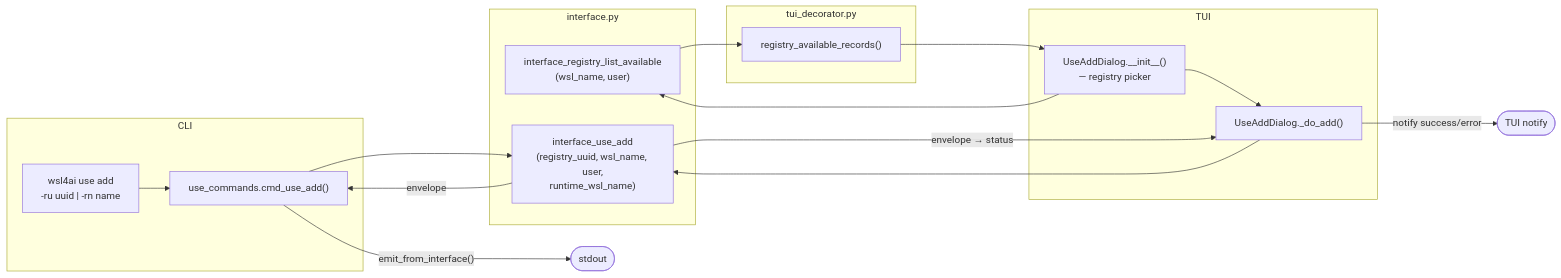
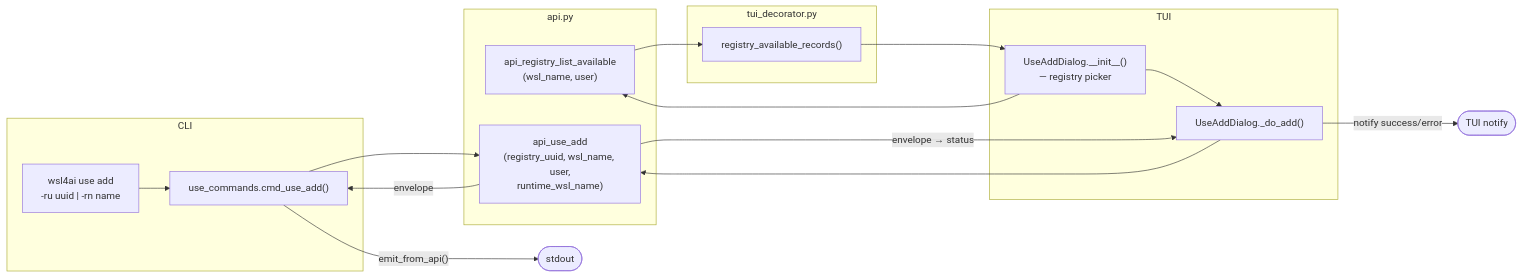
The second of 6 diagrams in specs/tool/specs-use.md (rmompo/wsl4ai), drawn with Mermaid before and after one commit. The commit also changed other lines of this file and 20 other files, not shown here.

First line of the commit message:
v1.6.3: rename interface.py → api.py, interface_* → api_*

````diff
--- a/specs/tool/specs-use.md
+++ b/specs/tool/specs-use.md
@@ -114,28 +114,28 @@
 ```mermaid
 flowchart LR
     subgraph CLI
         ua["wsl4ai use add\n-ru uuid | -rn name"]
         cmd["use_commands.cmd_use_add()"]
         ua --> cmd
     end
-    subgraph Interface["interface.py"]
-        iface_avail["interface_registry_list_available\n(wsl_name, user)"]
-        iface_add["interface_use_add\n(registry_uuid, wsl_name, user,\nruntime_wsl_name)"]
+    subgraph Interface["api.py"]
+        iface_avail["api_registry_list_available\n(wsl_name, user)"]
+        iface_add["api_use_add\n(registry_uuid, wsl_name, user,\nruntime_wsl_name)"]
     end
     subgraph TUI
         dlg_init["UseAddDialog.__init__()\n— registry picker"]
         dlg_do["UseAddDialog._do_add()"]
         dlg_init --> dlg_do
     end
     subgraph TUI_Dec["tui_decorator.py"]
         rec["registry_available_records()"]
     end
 
     cmd --> iface_add
     dlg_init --> iface_avail --> rec --> dlg_init
     dlg_do --> iface_add
     iface_add -->|"envelope"| cmd
     iface_add -->|"envelope → status"| dlg_do
-    cmd -->|"emit_from_interface()"| stdout([stdout])
+    cmd -->|"emit_from_api()"| stdout([stdout])
     dlg_do -->|"notify success/error"| ui([TUI notify])
 ```
````
